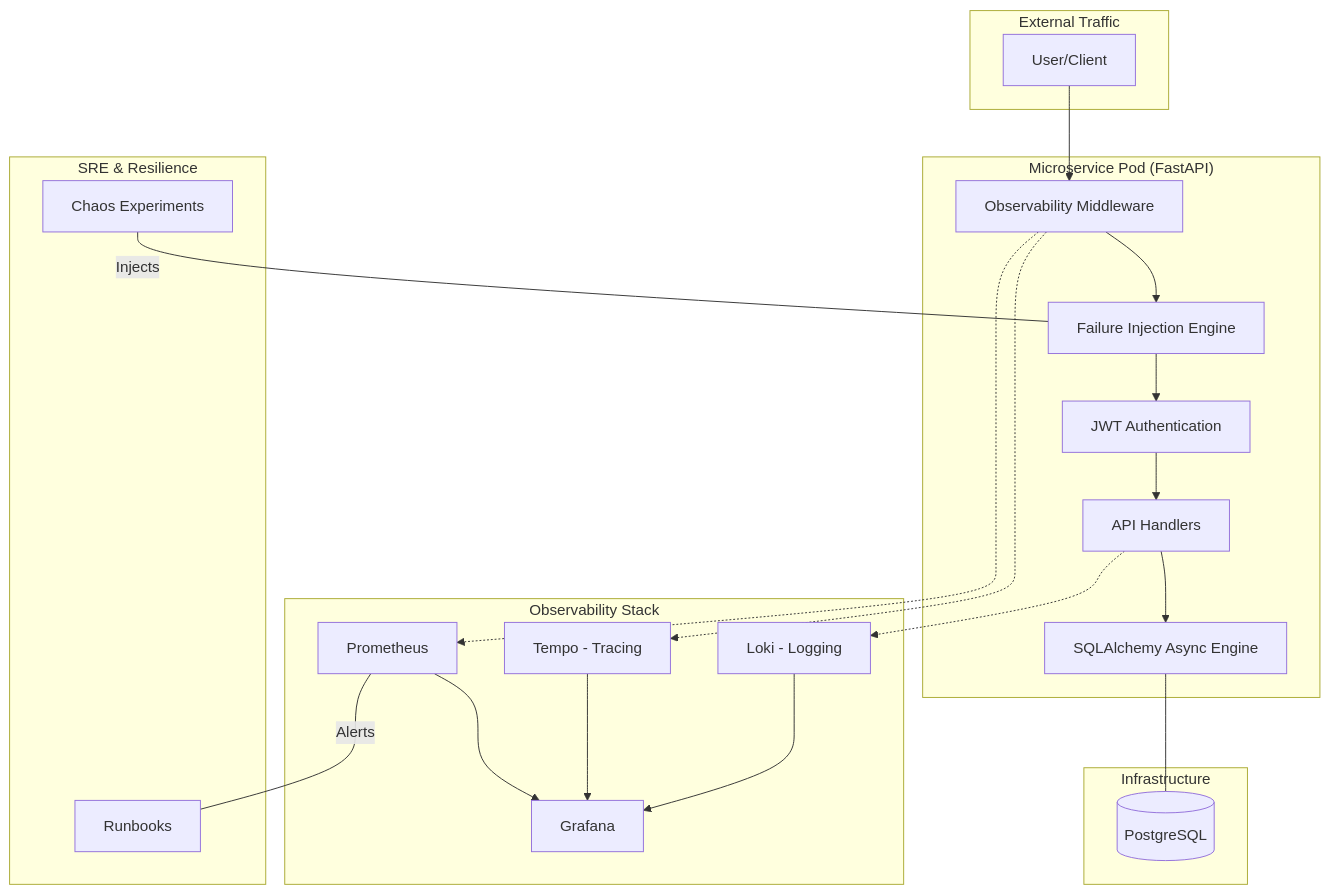
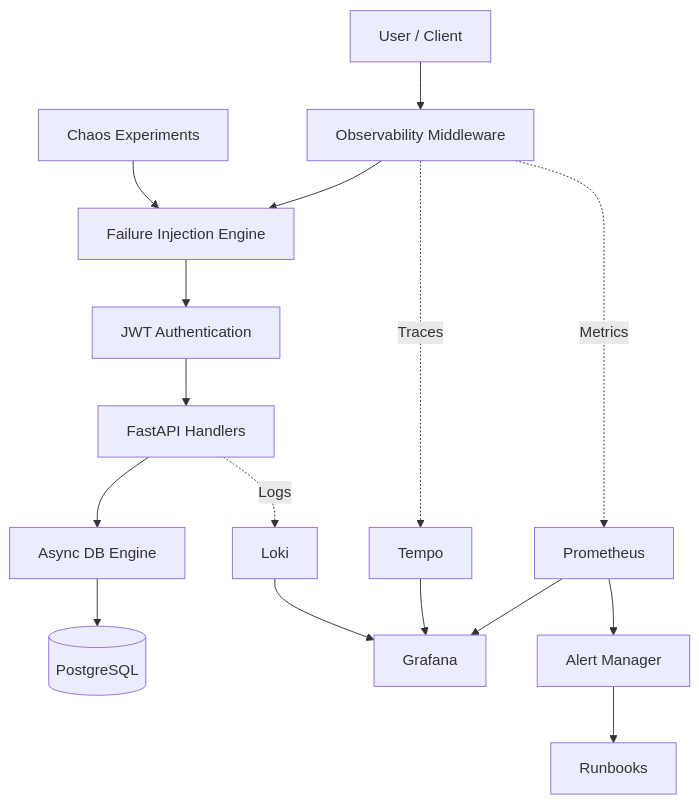
One commit to kunal-1207/sre-observability-incident-readiness-platform changed the diagram in README.md. Above: the diagram before and after it, drawn with Mermaid. The commit also changed other lines of this file, not shown here.

````diff
--- a/README.md
+++ b/README.md
@@ -7,47 +27,24 @@
 ```mermaid
 graph TD
-    subgraph "External Traffic"
-        U[User/Client]
-    end
+    U[User / Client] --> MW[Observability Middleware]
 
-    subgraph "Microservice Pod (FastAPI)"
-        MW[Observability Middleware]
-        FI[Failure Injection Engine]
-        AUTH[JWT Authentication]
-        API[API Handlers]
-        DB_CONN[SQLAlchemy Async Engine]
-        
-        U --> MW
-        MW --> FI
-        FI --> AUTH
-        AUTH --> API
-        API --> DB_CONN
-    end
+    MW --> FI[Failure Injection Engine]
+    FI --> AUTH[JWT Authentication]
+    AUTH --> API[FastAPI Handlers]
+    API --> DB_CONN[Async DB Engine]
+    DB_CONN --> DB[(PostgreSQL)]
 
-    subgraph "Infrastructure"
-        DB[(PostgreSQL)]
-        DB_CONN --- DB
-    end
+    %% Observability
+    MW -. Metrics .-> PROM[Prometheus]
+    MW -. Traces .-> TEMPO[Tempo]
+    API -. Logs .-> LOKI[Loki]
 
-    subgraph "Observability Stack"
-        PROM[Prometheus]
-        GRAF[Grafana]
-        TEM[Tempo - Tracing]
-        LOK[Loki - Logging]
-        
-        MW -.-> PROM
-        MW -.-> TEM
-        API -.-> LOK
-        PROM --> GRAF
-        TEM --> GRAF
-        LOK --> GRAF
-    end
+    PROM --> GRAF[Grafana]
+    TEMPO --> GRAF
+    LOKI --> GRAF
 
-    subgraph "SRE & Resilience"
-        CH[Chaos Experiments]
-        RB[Runbooks]
-        
-        CH -- Injects --- FI
-        PROM -- Alerts --- RB
-    end
-```
+    %% SRE Layer
+    CHAOS[Chaos Experiments] --> FI
+    PROM --> ALERTS[Alert Manager]
+    ALERTS --> RUNBOOKS[Runbooks]
+ ```
````
